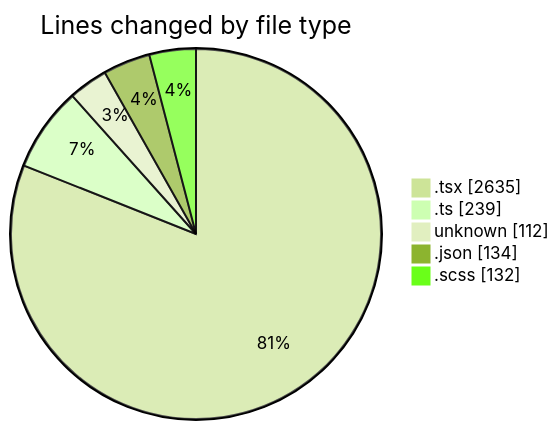
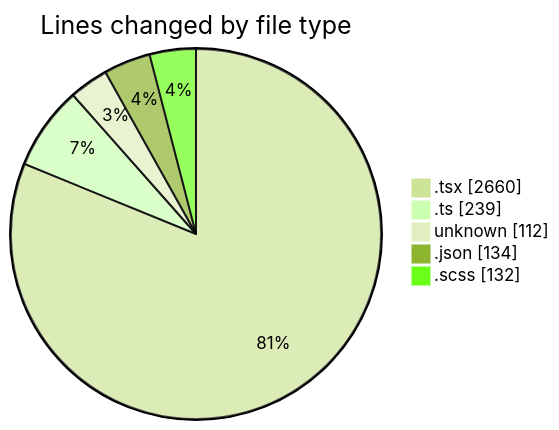
The first of 2 diagrams in 2026-04-28/cda/README.md (momahboobian/code-tracking), drawn with Mermaid (forest theme) before and after one commit. The commit also changed other lines of this file and 1 other file, not shown here.

````diff
--- a/2026-04-28/cda/README.md
+++ b/2026-04-28/cda/README.md
@@ -46,9 +46,9 @@
 ```mermaid
 pie showData
 title Lines changed by file type
-".tsx" : 2635
+".tsx" : 2660
 ".ts" : 239
 "unknown" : 112
 ".json" : 134
 ".scss" : 132
 ```
````
